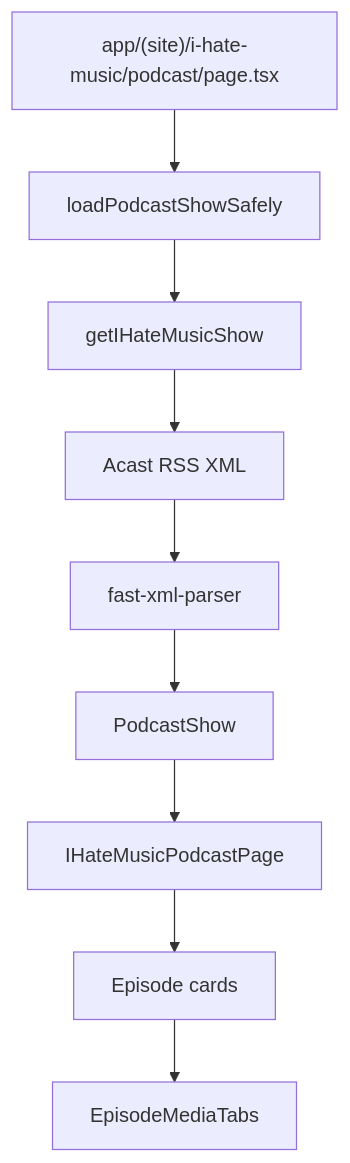
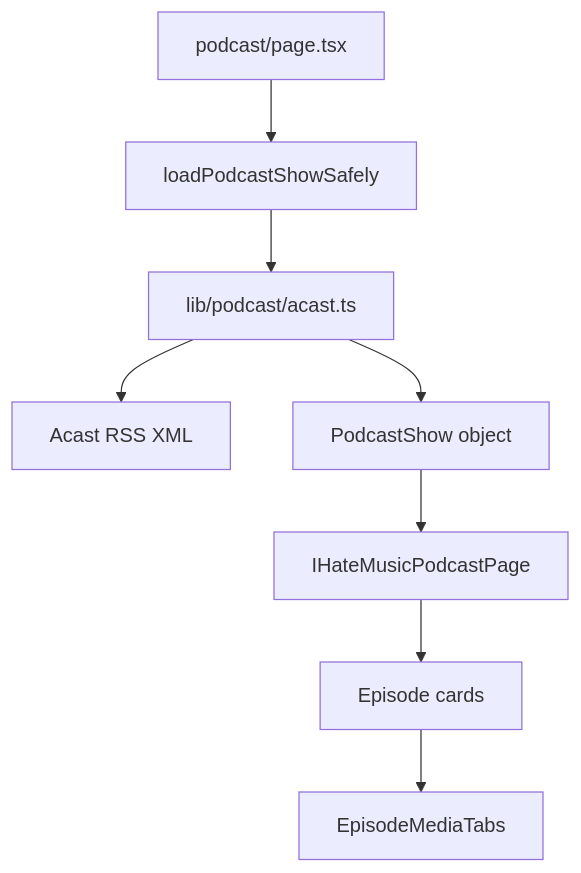
The fourth of 4 diagrams in PROJECT_LEARNING_FLOW.md (bucketb0t/Earth_In_Sound), drawn with Mermaid before and after one commit. The commit also changed other lines of this file and 6 other files, not shown here.

````diff
--- a/PROJECT_LEARNING_FLOW.md
+++ b/PROJECT_LEARNING_FLOW.md
@@ -5768,12 +601,10 @@
 ```mermaid
 flowchart TD
-  Route["app/(site)/i-hate-music/podcast/page.tsx"]
-  Route --> SafeLoader["loadPodcastShowSafely"]
-  SafeLoader --> Fetcher["getIHateMusicShow"]
-  Fetcher --> Acast["Acast RSS XML"]
-  Acast --> Parser["fast-xml-parser"]
-  Parser --> ShowObject["PodcastShow"]
-  ShowObject --> Page["IHateMusicPodcastPage"]
+  Route["podcast/page.tsx"] --> Loader["loadPodcastShowSafely"]
+  Loader --> Parser["lib/podcast/acast.ts"]
+  Parser --> RSS["Acast RSS XML"]
+  Parser --> Show["PodcastShow object"]
+  Show --> Page["IHateMusicPodcastPage"]
   Page --> Cards["Episode cards"]
-  Cards --> Tabs["EpisodeMediaTabs"]
+  Cards --> MediaTabs["EpisodeMediaTabs"]
 ```
````
